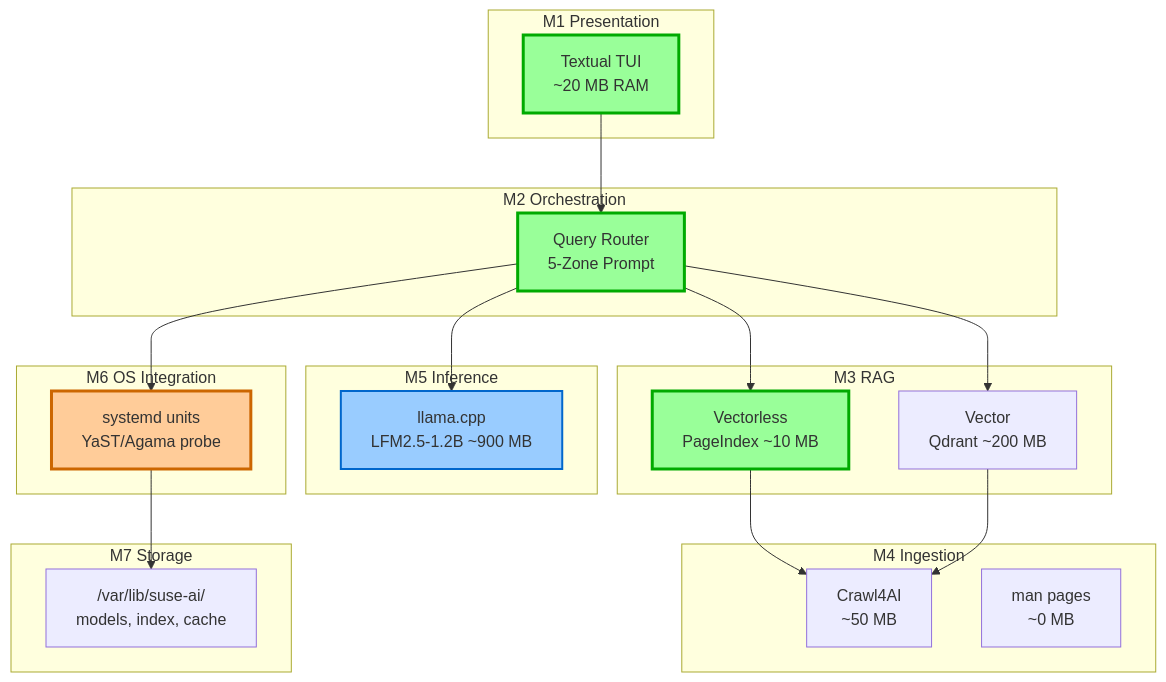
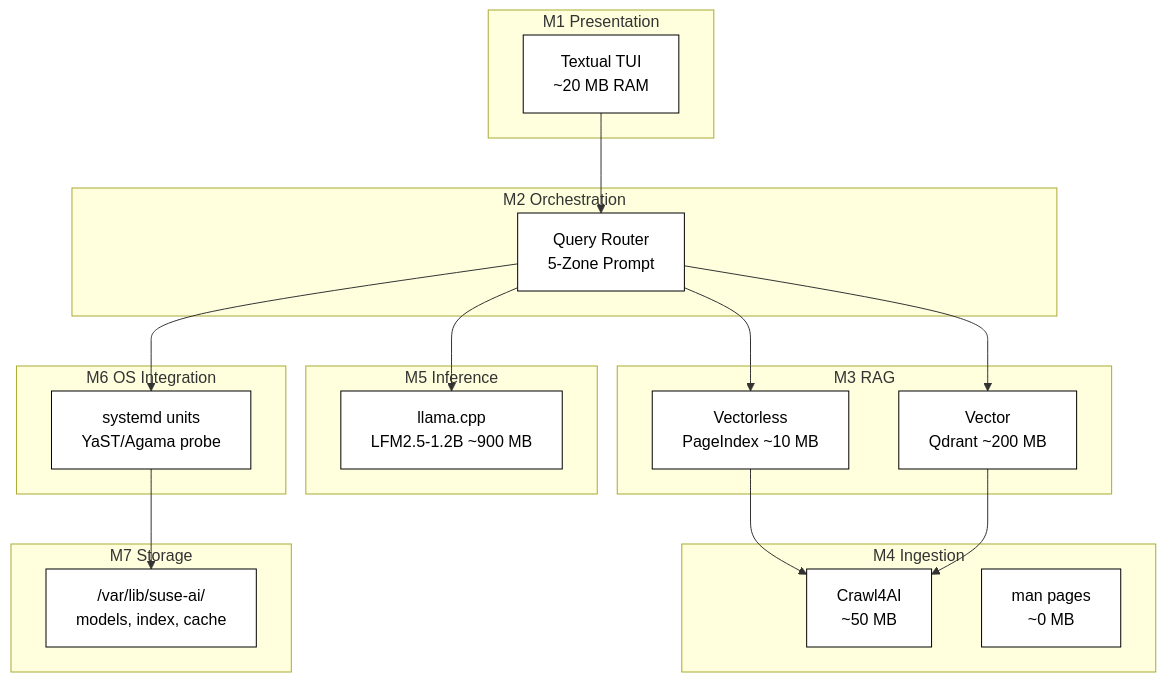
Before and after one commit to YasharthPanwar2003/LeapAI-Assist: the first of 2 diagrams in README.md, drawn with Mermaid.

Commit message:
Refactor diagram styles to use black text and white fill
Updated styling for various elements in the diagram.

````diff
--- a/README.md
+++ b/README.md
@@ -604,47 +604,52 @@
 ```mermaid
 flowchart TB
     subgraph "M1 Presentation"
         U1["Textual TUI<br/>~20 MB RAM"]
     end
     
     subgraph "M2 Orchestration"
         O1["Query Router<br/>5-Zone Prompt"]
     end
     
     subgraph "M3 RAG"
         R1["Vectorless<br/>PageIndex ~10 MB"]
         R2["Vector<br/>Qdrant ~200 MB"]
     end
     
     subgraph "M4 Ingestion"
         I1["Crawl4AI<br/>~50 MB"]
         I2["man pages<br/>~0 MB"]
     end
     
     subgraph "M5 Inference"
         L1["llama.cpp<br/>LFM2.5-1.2B ~900 MB"]
     end
     
     subgraph "M6 OS Integration"
         M1["systemd units<br/>YaST/Agama probe"]
     end
     
     subgraph "M7 Storage"
         S1["/var/lib/suse-ai/<br/>models, index, cache"]
     end
-    
+
     U1 --> O1
     O1 --> R1
     O1 --> R2
     R1 --> I1
     R2 --> I1
     O1 --> L1
     O1 --> M1
     M1 --> S1
-    
-    style U1 fill:#99ff99,stroke:#00aa00,stroke-width:3px
-    style O1 fill:#99ff99,stroke:#00aa00,stroke-width:3px
-    style R1 fill:#99ff99,stroke:#00aa00,stroke-width:3px
-    style L1 fill:#99ccff,stroke:#0066cc,stroke-width:2px
-    style M1 fill:#ffcc99,stroke:#cc6600,stroke-width:3px
+
+    %% Styling: black text, white fill, standard borders
+    style U1 fill:#ffffff,stroke:#000000,color:#000000
+    style O1 fill:#ffffff,stroke:#000000,color:#000000
+    style R1 fill:#ffffff,stroke:#000000,color:#000000
+    style R2 fill:#ffffff,stroke:#000000,color:#000000
+    style I1 fill:#ffffff,stroke:#000000,color:#000000
+    style I2 fill:#ffffff,stroke:#000000,color:#000000
+    style L1 fill:#ffffff,stroke:#000000,color:#000000
+    style M1 fill:#ffffff,stroke:#000000,color:#000000
+    style S1 fill:#ffffff,stroke:#000000,color:#000000
 ```
````
